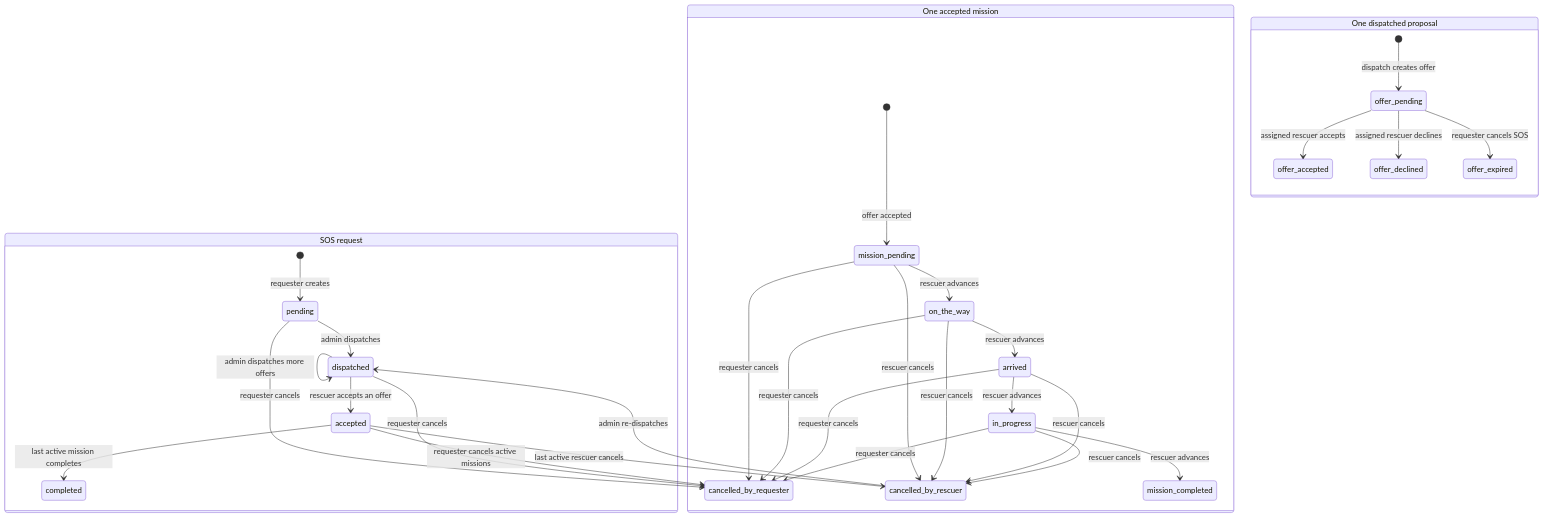
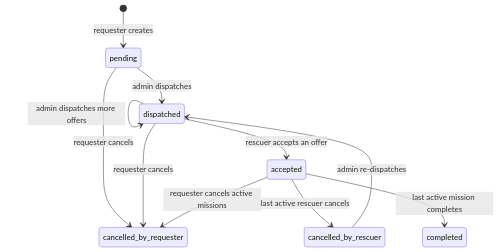
The first of 6 diagrams in docs/DIAGRAMS/SOS_FLOW.md (komeilm76/borobiya), drawn with Mermaid before and after one commit. The commit also changed other lines of this file and 4 other files, not shown here.

Commit message:
Review rendered SOS, ERD and map pipeline diagrams

````diff
--- a/docs/DIAGRAMS/SOS_FLOW.md
+++ b/docs/DIAGRAMS/SOS_FLOW.md
@@ -7,36 +9,13 @@
 ```mermaid
 stateDiagram-v2
-  state "SOS request" as SOS {
-    [*] --> pending: requester creates
-    pending --> dispatched: admin dispatches
-    dispatched --> dispatched: admin dispatches more offers
-    dispatched --> accepted: rescuer accepts an offer
-    accepted --> completed: last active mission completes
-    pending --> cancelled_by_requester: requester cancels
-    dispatched --> cancelled_by_requester: requester cancels
-    accepted --> cancelled_by_requester: requester cancels active missions
-    accepted --> cancelled_by_rescuer: last active rescuer cancels
-    cancelled_by_rescuer --> dispatched: admin re-dispatches
-  }
-  state "One dispatched proposal" as PROPOSAL {
-    [*] --> offer_pending: dispatch creates offer
-    offer_pending --> offer_accepted: assigned rescuer accepts
-    offer_pending --> offer_declined: assigned rescuer declines
-    offer_pending --> offer_expired: requester cancels SOS
-  }
-  state "One accepted mission" as MISSION {
-    [*] --> mission_pending: offer accepted
-    mission_pending --> on_the_way: rescuer advances
-    on_the_way --> arrived: rescuer advances
-    arrived --> in_progress: rescuer advances
-    in_progress --> mission_completed: rescuer advances
-    mission_pending --> cancelled_by_requester: requester cancels
-    mission_pending --> cancelled_by_rescuer: rescuer cancels
-    on_the_way --> cancelled_by_requester: requester cancels
-    on_the_way --> cancelled_by_rescuer: rescuer cancels
-    arrived --> cancelled_by_requester: requester cancels
-    arrived --> cancelled_by_rescuer: rescuer cancels
-    in_progress --> cancelled_by_requester: requester cancels
-    in_progress --> cancelled_by_rescuer: rescuer cancels
-  }
+  [*] --> pending: requester creates
+  pending --> dispatched: admin dispatches
+  dispatched --> dispatched: admin dispatches more offers
+  dispatched --> accepted: rescuer accepts an offer
+  pending --> cancelled_by_requester: requester cancels
+  dispatched --> cancelled_by_requester: requester cancels
+  accepted --> cancelled_by_requester: requester cancels active missions
+  accepted --> cancelled_by_rescuer: last active rescuer cancels
+  cancelled_by_rescuer --> dispatched: admin re-dispatches
+  accepted --> completed: last active mission completes
 ```
````
